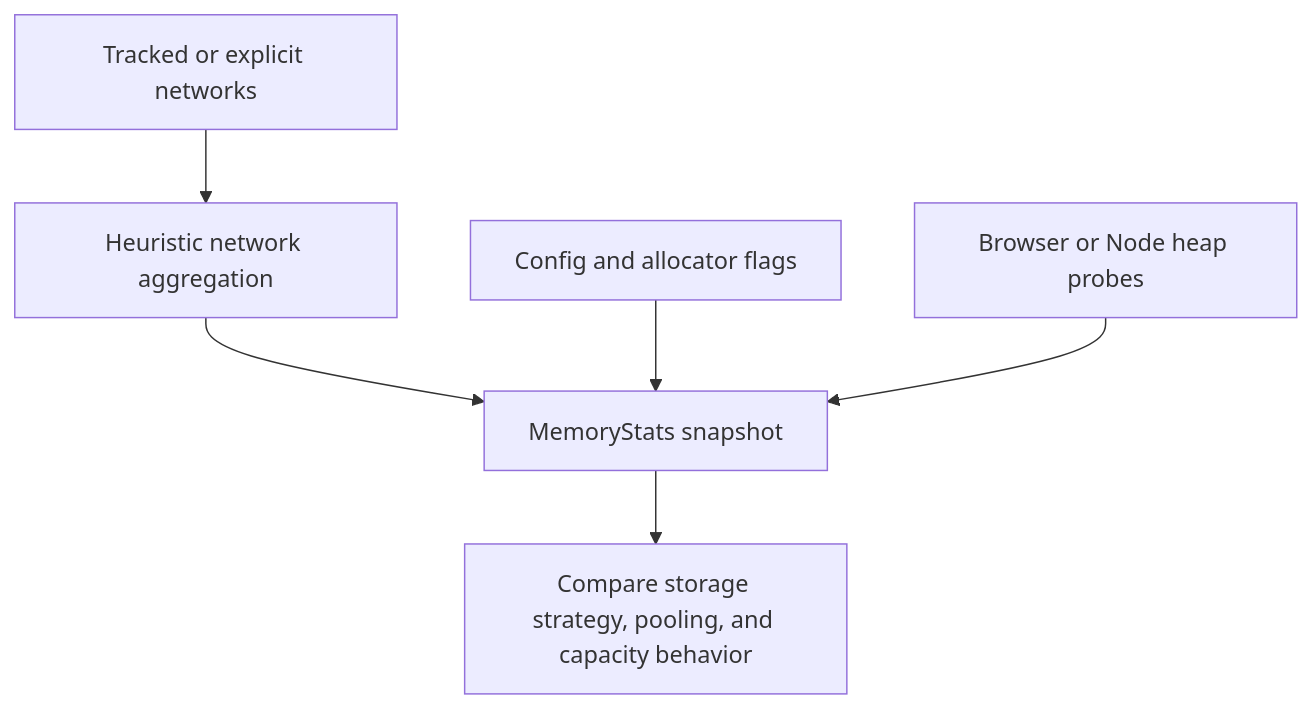
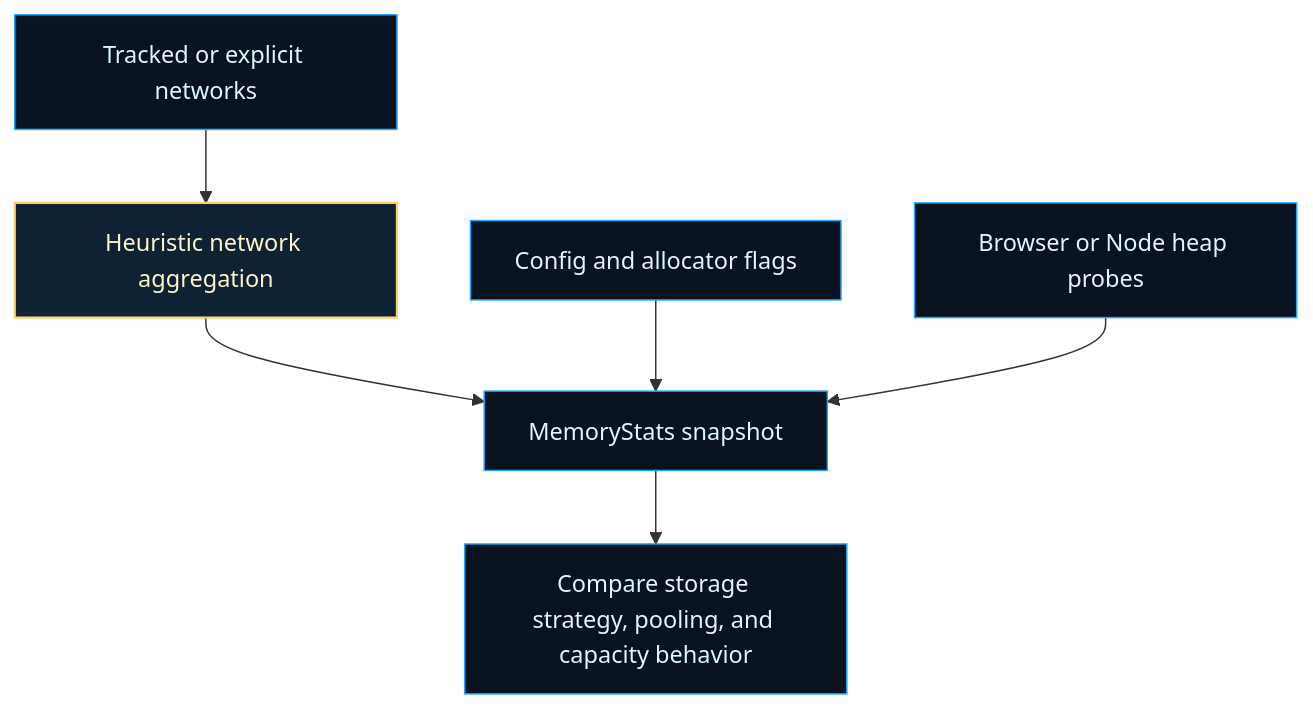
Before and after one commit to reicek/NeatapticTS: the first of 3 diagrams in src/utils/README.md, drawn with Mermaid. The commit also changed other lines of this file and 121 other files, not shown here.

````diff
--- a/src/utils/README.md
+++ b/src/utils/README.md
@@ -36,8 +50,11 @@
 ```mermaid
 flowchart TD
-  Networks[Tracked or explicit networks] --> Aggregation[Heuristic network aggregation]
-  Aggregation --> Snapshot[MemoryStats snapshot]
-  Config[Config and allocator flags] --> Snapshot
-  Environment[Browser or Node heap probes] --> Snapshot
-  Snapshot --> Questions[Compare storage strategy, pooling, and capacity behavior]
+  classDef base fill:#08131f,stroke:#1ea7ff,color:#dff6ff,stroke-width:1px;
+  classDef accent fill:#0f2233,stroke:#ffd166,color:#fff4cc,stroke-width:1.5px;
+
+  Networks[Tracked or explicit networks]:::base --> Aggregation[Heuristic network aggregation]:::accent
+  Aggregation --> Snapshot[MemoryStats snapshot]:::base
+  Config[Config and allocator flags]:::base --> Snapshot
+  Environment[Browser or Node heap probes]:::base --> Snapshot
+  Snapshot --> Questions[Compare storage strategy, pooling, and capacity behavior]:::base
 ```
````
